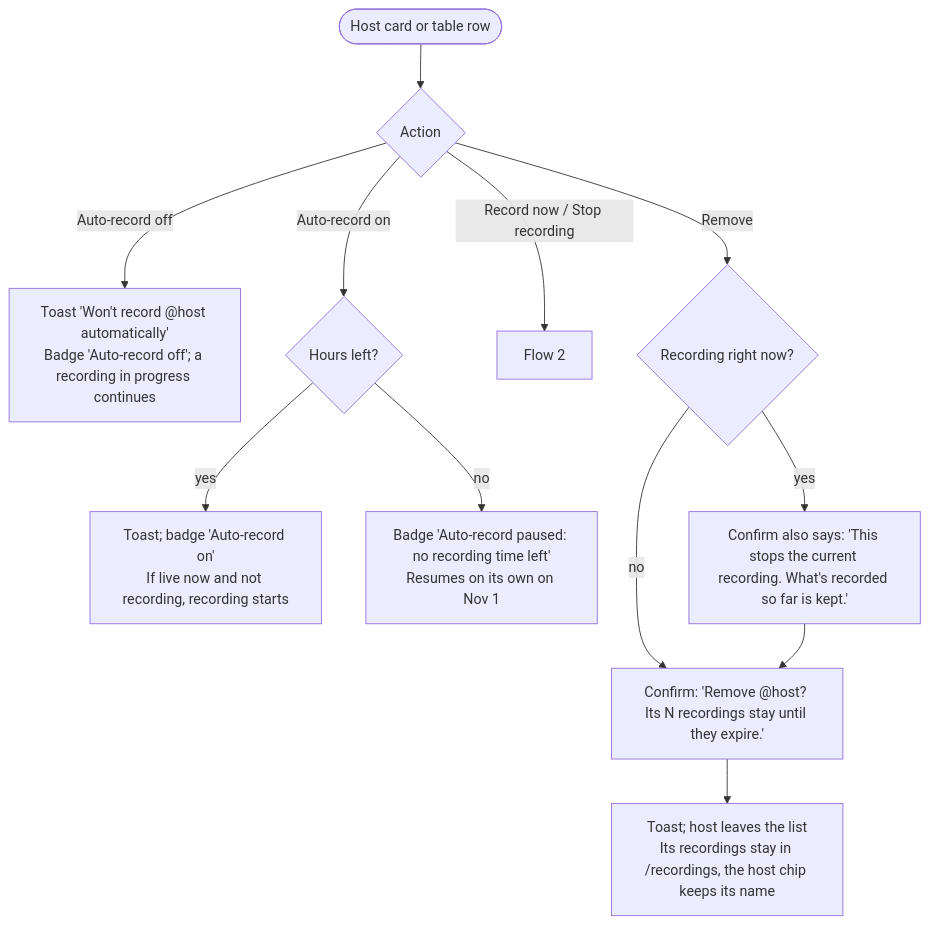
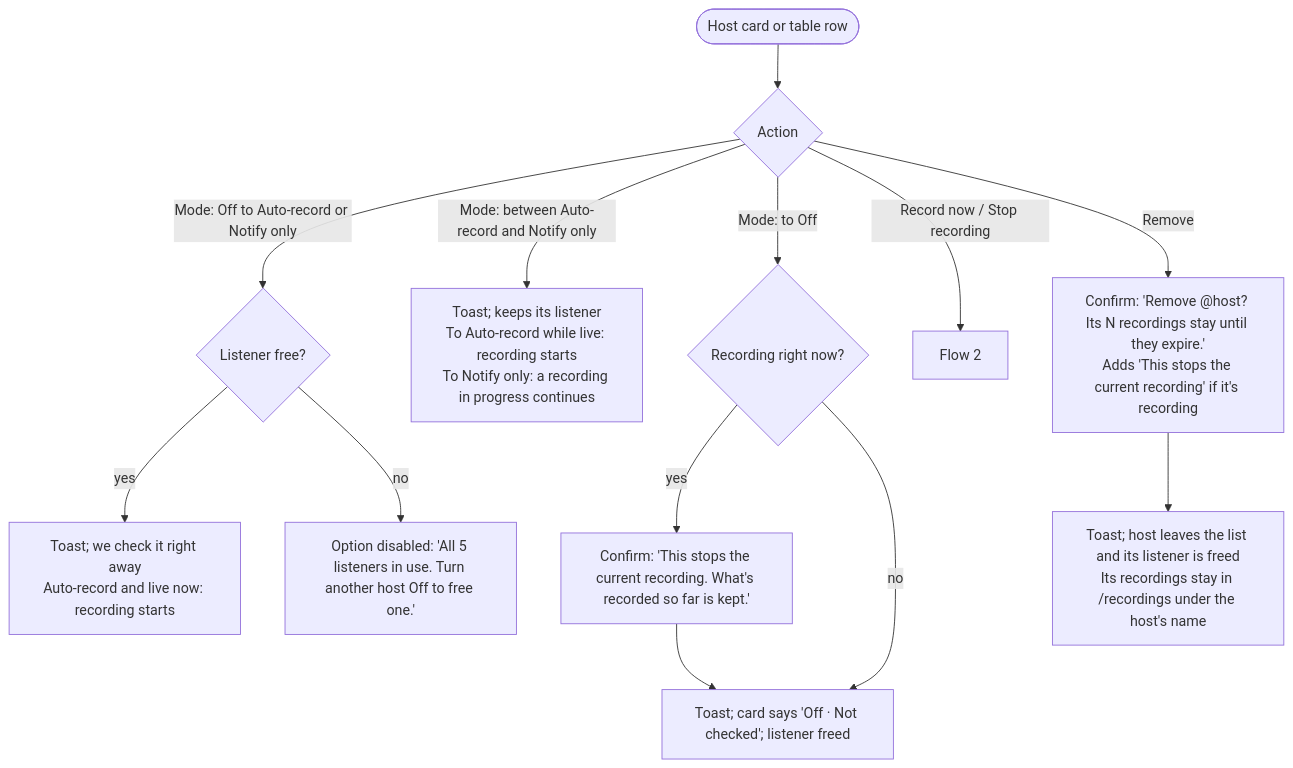
One commit to binhld98/AutoRecordLive changed the fifth of 11 diagrams in docs/user-flows.md. Above: the diagram before and after it, drawn with Mermaid. The commit also changed other lines of this file, not shown here.

Commit message:
docs: add active listeners to user flows

````diff
--- a/docs/user-flows.md
+++ b/docs/user-flows.md
@@ -175,14 +186,14 @@
 ```mermaid
 flowchart TD
   card(["Host card or table row"]) --> act{"Action"}
-  act -- "Auto-record off" --> off["Toast 'Won't record @host automatically'<br/>Badge 'Auto-record off'; a recording in progress continues"]
-  act -- "Auto-record on" --> hours{"Hours left?"}
-  hours -- yes --> on["Toast; badge 'Auto-record on'<br/>If live now and not recording, recording starts"]
-  hours -- no --> paused["Badge 'Auto-record paused: no recording time left'<br/>Resumes on its own on Nov 1"]
+  act -- "Mode: Off to Auto-record or Notify only" --> free{"Listener free?"}
+  free -- yes --> on["Toast; we check it right away<br/>Auto-record and live now: recording starts"]
+  free -- no --> full["Option disabled: 'All 5 listeners in use. Turn another host Off to free one.'"]
+  act -- "Mode: between Auto-record and Notify only" --> swap["Toast; keeps its listener<br/>To Auto-record while live: recording starts<br/>To Notify only: a recording in progress continues"]
+  act -- "Mode: to Off" --> recording{"Recording right now?"}
+  recording -- yes --> confirmoff["Confirm: 'This stops the current recording. What's recorded so far is kept.'"] --> off
+  recording -- no --> off["Toast; card says 'Off · Not checked'; listener freed"]
   act -- "Record now / Stop recording" --> flow2["Flow 2"]
-  act -- Remove --> recording{"Recording right now?"}
-  recording -- no --> rm["Confirm: 'Remove @host? Its N recordings stay until they expire.'"]
-  recording -- yes --> rmrec["Confirm also says: 'This stops the current recording. What's recorded so far is kept.'"]
-  rmrec --> rm
-  rm --> removed["Toast; host leaves the list<br/>Its recordings stay in /recordings, the host chip keeps its name"]
+  act -- Remove --> rm["Confirm: 'Remove @host? Its N recordings stay until they expire.'<br/>Adds 'This stops the current recording' if it's recording"]
+  rm --> removed["Toast; host leaves the list and its listener is freed<br/>Its recordings stay in /recordings under the host's name"]
 ```
````
